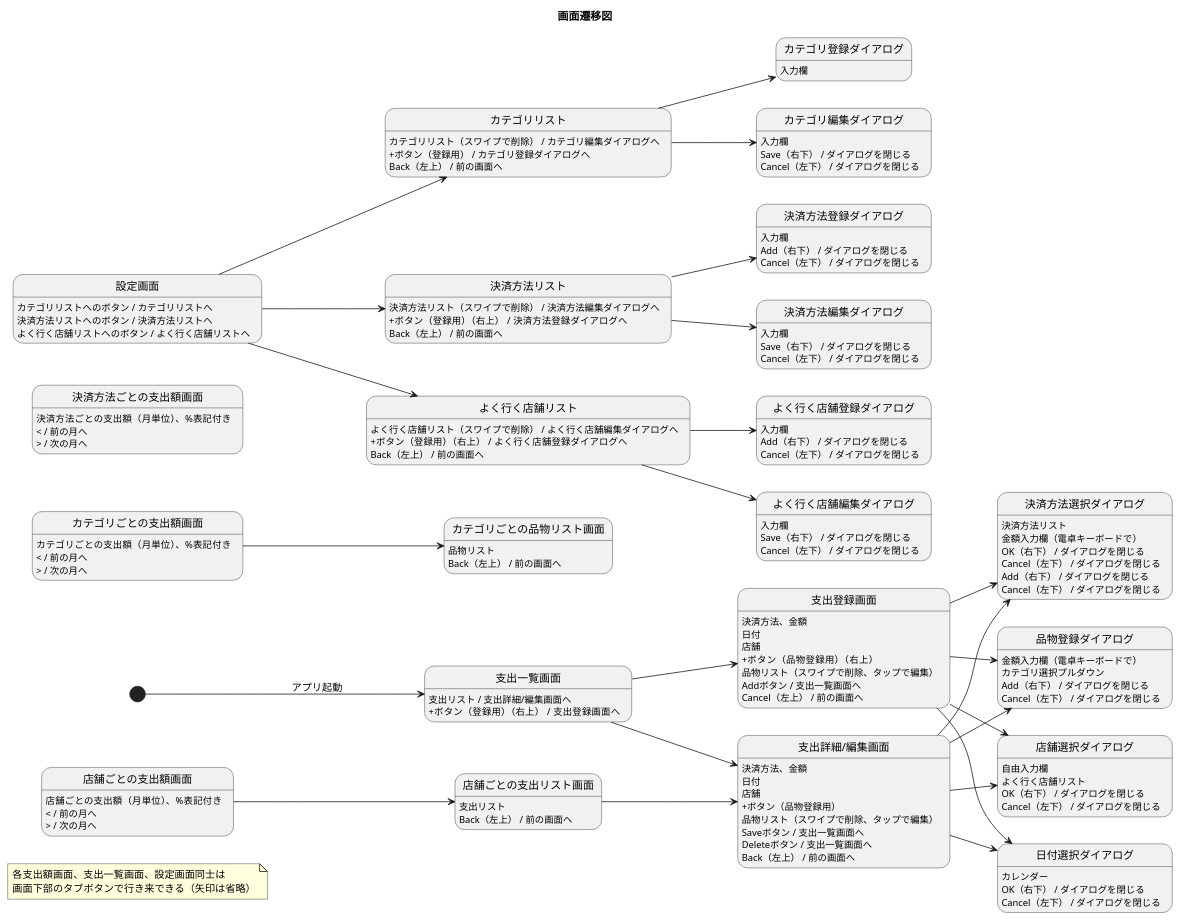
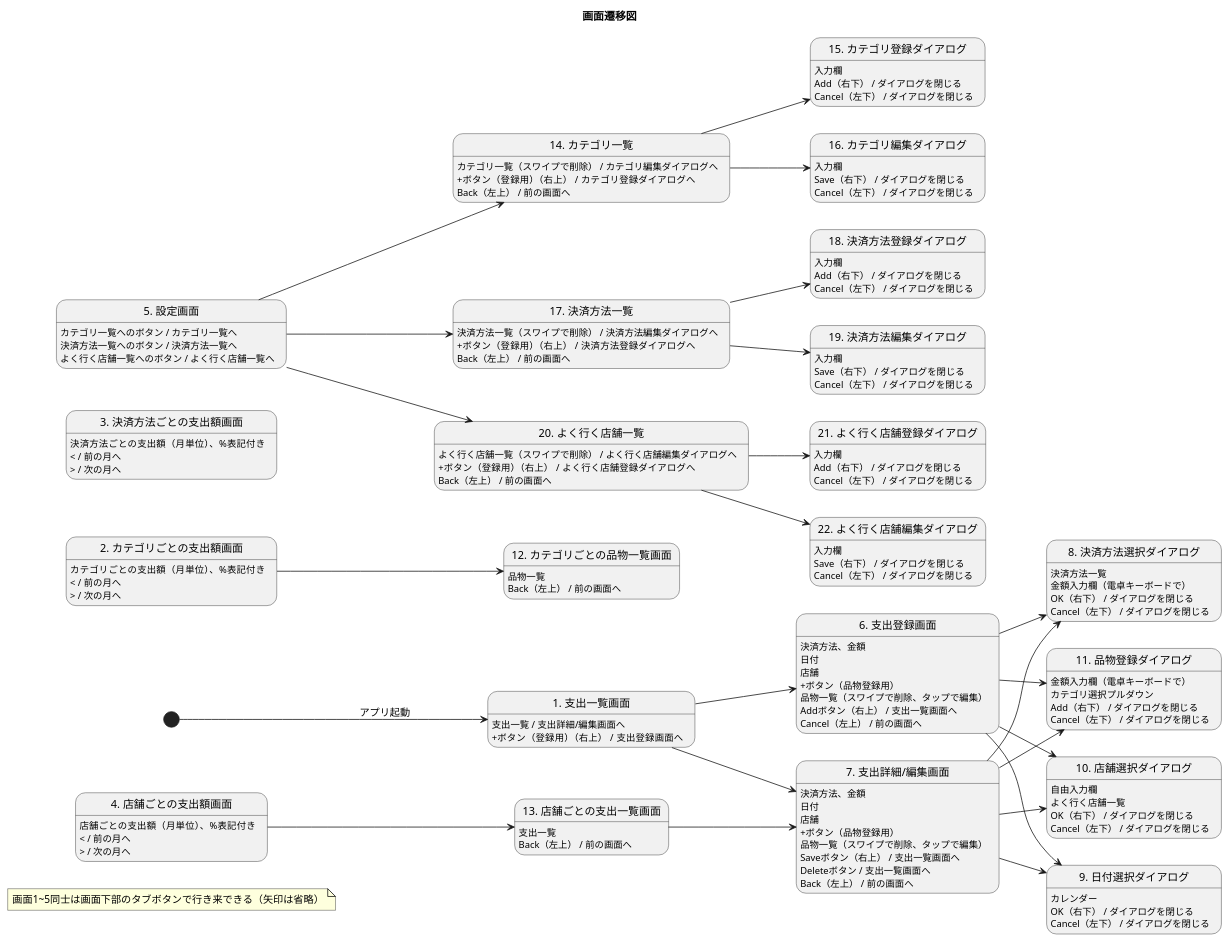
One commit to tatzacker/AccountBookForMe_server changed the diagram in docs/画面遷移図.pu. Above: the diagram before and after it, drawn with PlantUML. The commit also changed 8 other files, not shown here.

```diff
--- a/docs/画面遷移図.pu
+++ b/docs/画面遷移図.pu
@@ -1,140 +1,140 @@
 @startuml
 title 画面遷移図
 left to right direction
 
-note "各支出額画面、支出一覧画面、設定画面同士は\n画面下部のタブボタンで行き来できる（矢印は省略）" as note1
+note "画面1~5同士は画面下部のタブボタンで行き来できる（矢印は省略）" as note1
 
-state "支出一覧画面" as Expenses
-Expenses : 支出リスト / 支出詳細/編集画面へ
+state "1. 支出一覧画面" as Expenses
+Expenses : 支出一覧 / 支出詳細/編集画面へ
 Expenses : +ボタン（登録用）（右上） / 支出登録画面へ
-state "カテゴリごとの支出額画面" as Categories
+state "2. カテゴリごとの支出額画面" as Categories
 Categories : カテゴリごとの支出額（月単位）、%表記付き
 Categories : < / 前の月へ
 Categories : > / 次の月へ
-state "決済方法ごとの支出額画面" as Payments
+state "3. 決済方法ごとの支出額画面" as Payments
 Payments : 決済方法ごとの支出額（月単位）、%表記付き
 Payments : < / 前の月へ
 Payments : > / 次の月へ
-state "店舗ごとの支出額画面" as Stores
+state "4. 店舗ごとの支出額画面" as Stores
 Stores : 店舗ごとの支出額（月単位）、%表記付き
 Stores : < / 前の月へ
 Stores : > / 次の月へ
-state "設定画面" as Settings
-Settings : カテゴリリストへのボタン / カテゴリリストへ
-Settings : 決済方法リストへのボタン / 決済方法リストへ
-Settings : よく行く店舗リストへのボタン / よく行く店舗リストへ
+state "5. 設定画面" as Settings
+Settings : カテゴリ一覧へのボタン / カテゴリ一覧へ
+Settings : 決済方法一覧へのボタン / 決済方法一覧へ
+Settings : よく行く店舗一覧へのボタン / よく行く店舗一覧へ
 
 [*] --> Expenses : アプリ起動
 
-state "支出登録画面" as Expense_add
+state "6. 支出登録画面" as Expense_add
 Expense_add : 決済方法、金額
 Expense_add : 日付
 Expense_add : 店舗
-Expense_add : +ボタン（品物登録用）（右上）
-Expense_add : 品物リスト（スワイプで削除、タップで編集）
-Expense_add : Addボタン / 支出一覧画面へ
+Expense_add : +ボタン（品物登録用）
+Expense_add : 品物一覧（スワイプで削除、タップで編集）
+Expense_add : Addボタン（右上） / 支出一覧画面へ
 Expense_add : Cancel（左上） / 前の画面へ
-state "支出詳細/編集画面" as Expense_detail
+state "7. 支出詳細/編集画面" as Expense_detail
 Expense_detail : 決済方法、金額
 Expense_detail : 日付
 Expense_detail : 店舗
 Expense_detail : +ボタン（品物登録用）
-Expense_detail : 品物リスト（スワイプで削除、タップで編集）
-Expense_detail : Saveボタン / 支出一覧画面へ
+Expense_detail : 品物一覧（スワイプで削除、タップで編集）
+Expense_detail : Saveボタン（右上） / 支出一覧画面へ
 Expense_detail : Deleteボタン / 支出一覧画面へ
 Expense_detail : Back（左上） / 前の画面へ
-state "決済方法選択ダイアログ" as Select_payment
-Select_payment : 決済方法リスト
+state "8. 決済方法選択ダイアログ" as Select_payment
+Select_payment : 決済方法一覧
 Select_payment : 金額入力欄（電卓キーボードで）
 Select_payment : OK（右下） / ダイアログを閉じる
 Select_payment : Cancel（左下） / ダイアログを閉じる
-state "日付選択ダイアログ" as Select_date
+state "9. 日付選択ダイアログ" as Select_date
 Select_date : カレンダー
 Select_date : OK（右下） / ダイアログを閉じる
 Select_date : Cancel（左下） / ダイアログを閉じる
-state "店舗選択ダイアログ" as Select_store
+state "10. 店舗選択ダイアログ" as Select_store
 Select_store : 自由入力欄
-Select_store : よく行く店舗リスト
+Select_store : よく行く店舗一覧
 Select_store : OK（右下） / ダイアログを閉じる
 Select_store : Cancel（左下） / ダイアログを閉じる
-state "品物登録ダイアログ" as Add_item
+state "11. 品物登録ダイアログ" as Add_item
 Add_item : 金額入力欄（電卓キーボードで）
 Add_item : カテゴリ選択プルダウン
 Add_item : Add（右下） / ダイアログを閉じる
 Add_item : Cancel（左下） / ダイアログを閉じる
 
 Expenses --> Expense_add
 Expenses --> Expense_detail
 
 Expense_add --> Select_payment
 Expense_add --> Select_date
 Expense_add --> Select_store
 Expense_add --> Add_item
 
 Expense_detail --> Select_payment
 Expense_detail --> Select_date
 Expense_detail --> Select_store
 Expense_detail --> Add_item
 
-state "カテゴリごとの品物リスト画面" as Items_category
-Items_category : 品物リスト
+state "12. カテゴリごとの品物一覧画面" as Items_category
+Items_category : 品物一覧
 Items_category : Back（左上） / 前の画面へ
 
 Categories --> Items_category
 
-state "店舗ごとの支出リスト画面" as Expenses_store
-Expenses_store : 支出リスト
+state "13. 店舗ごとの支出一覧画面" as Expenses_store
+Expenses_store : 支出一覧
 Expenses_store : Back（左上） / 前の画面へ
 
 Stores --> Expenses_store
 Expenses_store --> Expense_detail
 
-state "カテゴリリスト" as Category_list
-Category_list : カテゴリリスト（スワイプで削除） / カテゴリ編集ダイアログへ
-Category_list : +ボタン（登録用） / カテゴリ登録ダイアログへ
+state "14. カテゴリ一覧" as Category_list
+Category_list : カテゴリ一覧（スワイプで削除） / カテゴリ編集ダイアログへ
+Category_list : +ボタン（登録用）（右上） / カテゴリ登録ダイアログへ
 Category_list : Back（左上） / 前の画面へ
-state "カテゴリ登録ダイアログ" as Add_category
+state "15. カテゴリ登録ダイアログ" as Add_category
 Add_category : 入力欄
-Select_payment : Add（右下） / ダイアログを閉じる
-Select_payment : Cancel（左下） / ダイアログを閉じる
-state "カテゴリ編集ダイアログ" as Edit_category
+Add_category : Add（右下） / ダイアログを閉じる
+Add_category : Cancel（左下） / ダイアログを閉じる
+state "16. カテゴリ編集ダイアログ" as Edit_category
 Edit_category : 入力欄
 Edit_category : Save（右下） / ダイアログを閉じる
 Edit_category : Cancel（左下） / ダイアログを閉じる
 
-state "決済方法リスト" as Payment_list
-Payment_list : 決済方法リスト（スワイプで削除） / 決済方法編集ダイアログへ
+state "17. 決済方法一覧" as Payment_list
+Payment_list : 決済方法一覧（スワイプで削除） / 決済方法編集ダイアログへ
 Payment_list : +ボタン（登録用）（右上） / 決済方法登録ダイアログへ
 Payment_list : Back（左上） / 前の画面へ
-state "決済方法登録ダイアログ" as Add_payment
+state "18. 決済方法登録ダイアログ" as Add_payment
 Add_payment : 入力欄
 Add_payment : Add（右下） / ダイアログを閉じる
 Add_payment : Cancel（左下） / ダイアログを閉じる
-state "決済方法編集ダイアログ" as Edit_payment
+state "19. 決済方法編集ダイアログ" as Edit_payment
 Edit_payment : 入力欄
 Edit_payment : Save（右下） / ダイアログを閉じる
 Edit_payment : Cancel（左下） / ダイアログを閉じる
 
-state "よく行く店舗リスト" as Store_list
-Store_list : よく行く店舗リスト（スワイプで削除） / よく行く店舗編集ダイアログへ
+state "20. よく行く店舗一覧" as Store_list
+Store_list : よく行く店舗一覧（スワイプで削除） / よく行く店舗編集ダイアログへ
 Store_list : +ボタン（登録用）（右上） / よく行く店舗登録ダイアログへ
 Store_list : Back（左上） / 前の画面へ
-state "よく行く店舗登録ダイアログ" as Add_store
+state "21. よく行く店舗登録ダイアログ" as Add_store
 Add_store : 入力欄
 Add_store : Add（右下） / ダイアログを閉じる
 Add_store : Cancel（左下） / ダイアログを閉じる
-state "よく行く店舗編集ダイアログ" as Edit_store
+state "22. よく行く店舗編集ダイアログ" as Edit_store
 Edit_store : 入力欄
 Edit_store : Save（右下） / ダイアログを閉じる
 Edit_store : Cancel（左下） / ダイアログを閉じる
 
 Settings --> Category_list
 Settings --> Payment_list
 Settings --> Store_list
 Category_list --> Add_category
 Category_list --> Edit_category
 Payment_list --> Add_payment
 Payment_list --> Edit_payment
 Store_list --> Add_store
 Store_list --> Edit_store
 @enduml
```
